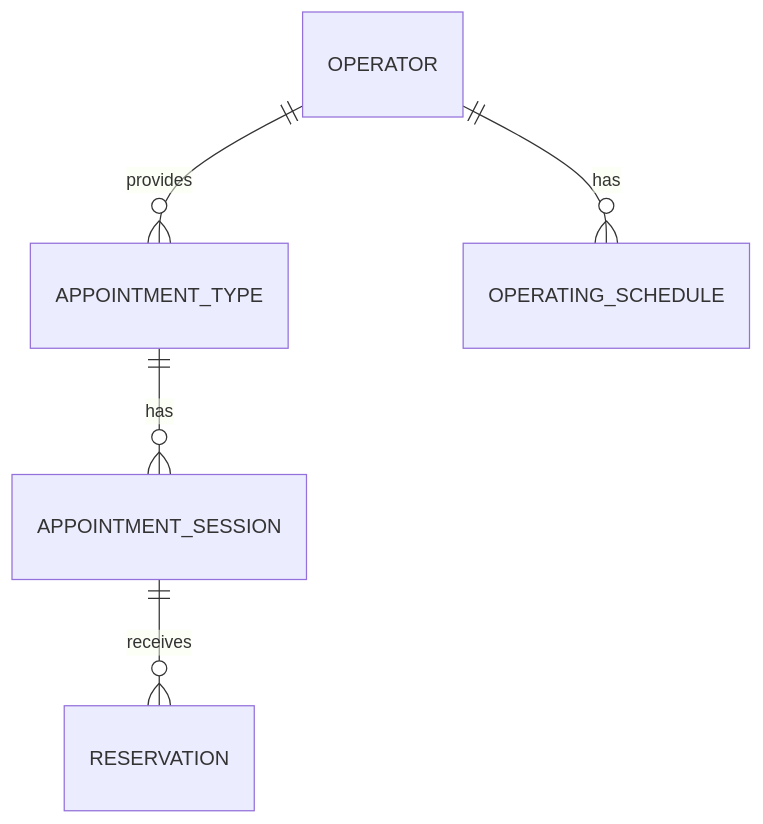
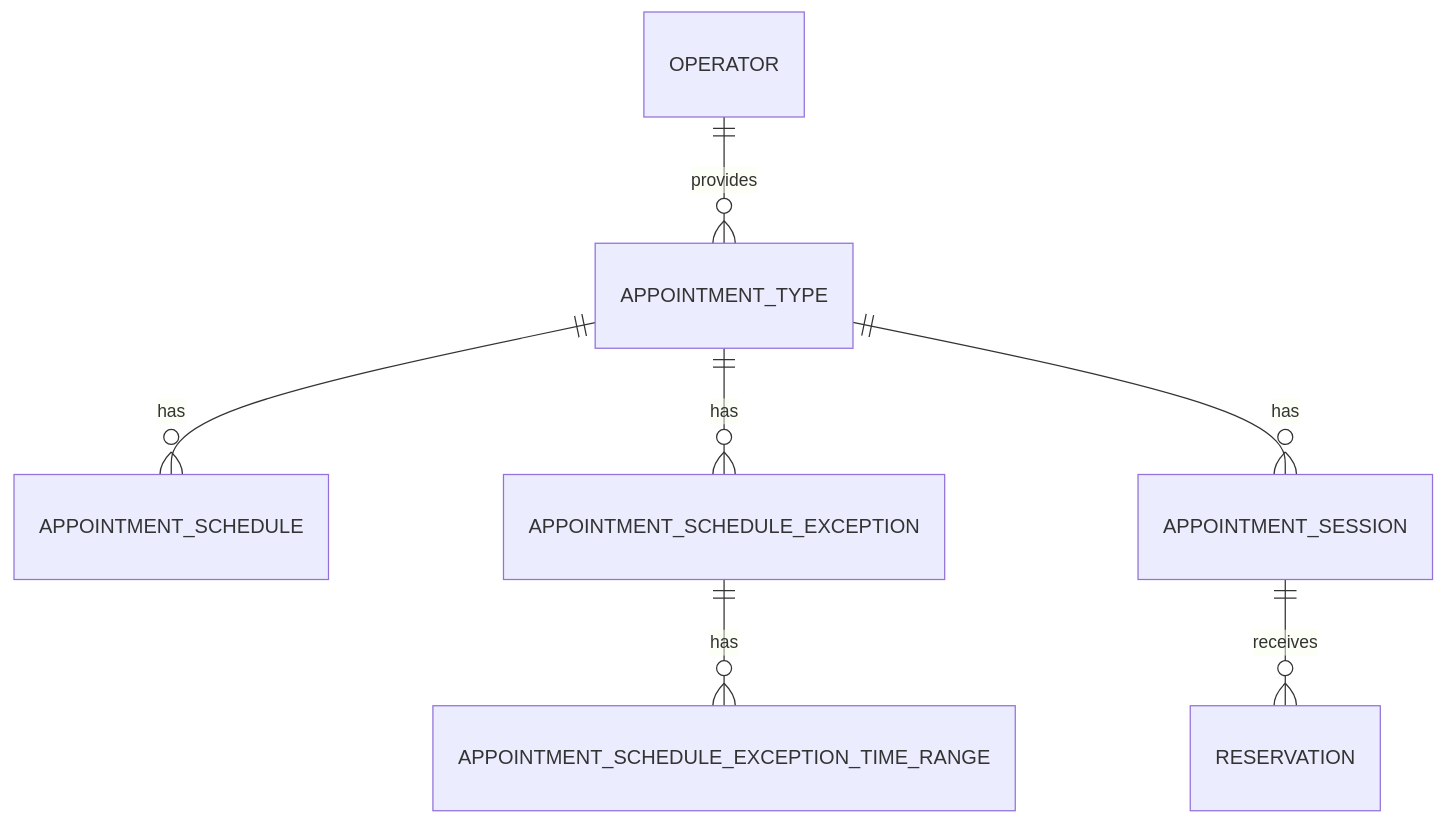
Before and after one commit to hayoonleeMe/appointment-platform: the diagram in docs/domain.md, drawn with Mermaid. The commit also changed other lines of this file and 3 other files, not shown here.

````diff
--- a/docs/domain.md
+++ b/docs/domain.md
@@ -88,7 +105,9 @@
 ```mermaid
 erDiagram
     OPERATOR ||--o{ APPOINTMENT_TYPE : provides
-    OPERATOR ||--o{ OPERATING_SCHEDULE : has
+    APPOINTMENT_TYPE ||--o{ APPOINTMENT_SCHEDULE : has
+    APPOINTMENT_TYPE ||--o{ APPOINTMENT_SCHEDULE_EXCEPTION : has
+    APPOINTMENT_SCHEDULE_EXCEPTION ||--o{ APPOINTMENT_SCHEDULE_EXCEPTION_TIME_RANGE : has
     APPOINTMENT_TYPE ||--o{ APPOINTMENT_SESSION : has
     APPOINTMENT_SESSION ||--o{ RESERVATION : receives
 ```
````
